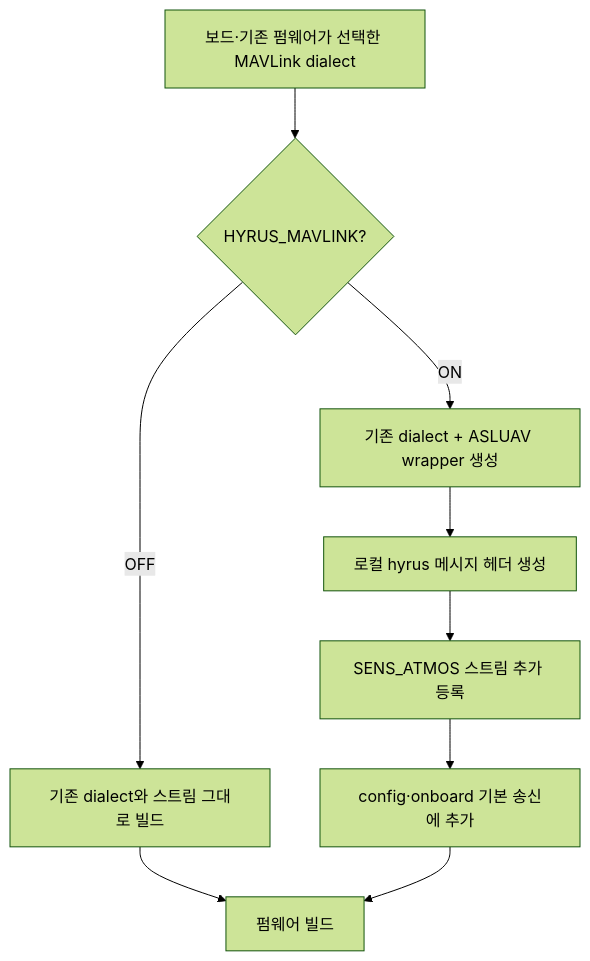
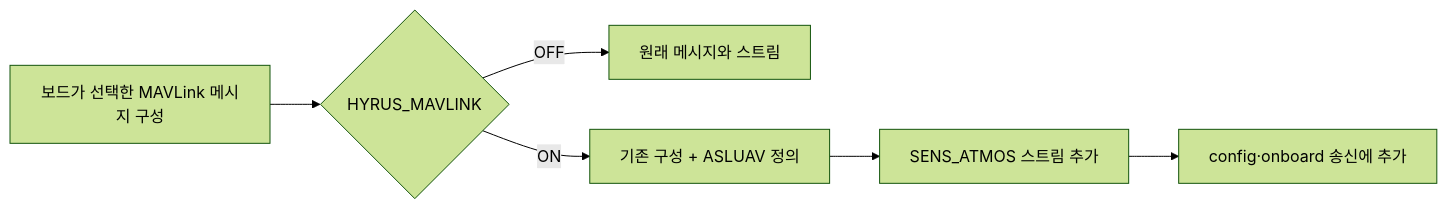
One commit to VIPSfef/HyRUS_EnvData_Px4 changed the fourth of 5 diagrams in docs/architecture.md. Above: the diagram before and after it, drawn with Mermaid (forest theme). The commit also changed other lines of this file and 3 other files, not shown here.

Commit message:
Explain R2026b setup and firmware relationships with diagrams

````diff
--- a/docs/architecture.md
+++ b/docs/architecture.md
@@ -46,11 +69,8 @@
-~~~mermaid
-flowchart TD
-    BASE[보드·기존 펌웨어가 선택한 MAVLink dialect] --> ON{HYRUS_MAVLINK?}
-    ON -->|OFF| ORIGINAL[기존 dialect와 스트림 그대로 빌드]
-    ON -->|ON| WRAP[기존 dialect + ASLUAV wrapper 생성]
-    WRAP --> GEN[로컬 hyrus 메시지 헤더 생성]
-    GEN --> REGISTER[SENS_ATMOS 스트림 추가 등록]
-    REGISTER --> DEFAULT[config·onboard 기본 송신에 추가]
-    ORIGINAL --> BUILD[펌웨어 빌드]
-    DEFAULT --> BUILD
-~~~
+```mermaid
+flowchart LR
+    BASE["보드가 선택한 MAVLink 메시지 구성"] --> OPTION{"HYRUS_MAVLINK"}
+    OPTION -->|OFF| STOCK["원래 메시지와 스트림"]
+    OPTION -->|ON| WRAP["기존 구성 + ASLUAV 정의"]
+    WRAP --> STREAM["SENS_ATMOS 스트림 추가"]
+    STREAM --> DEFAULT["config·onboard 송신에 추가"]
+```
````
